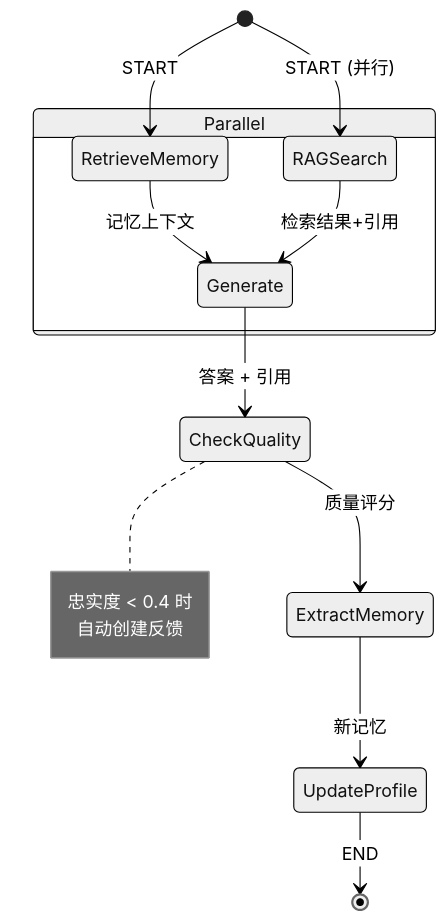
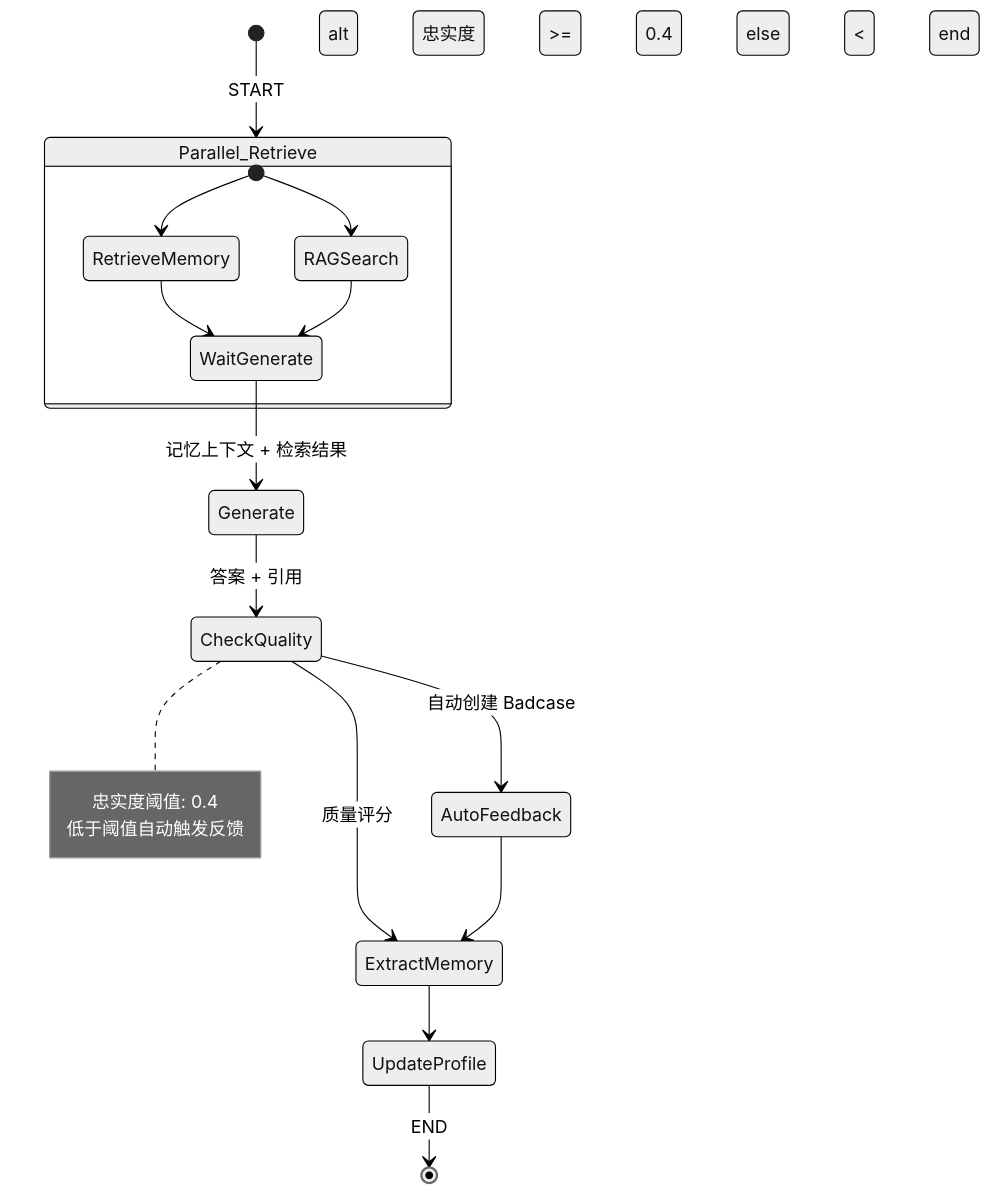
Before and after one commit to bleakplain/actuary-sleuth: the ninth of 14 diagrams in specs/architecture/architecture-4a.md, drawn with Mermaid (neutral theme). The commit also changed other lines of this file, not shown here.

````diff
--- a/specs/architecture/architecture-4a.md
+++ b/specs/architecture/architecture-4a.md
@@ -289,20 +388,29 @@
 ```mermaid
 stateDiagram-v2
-    [*] --> RetrieveMemory: START
-    [*] --> RAGSearch: START (并行)
+    [*] --> Parallel_Retrieve: START
 
-    state Parallel {
-        RetrieveMemory --> Generate: 记忆上下文
-        RAGSearch --> Generate: 检索结果+引用
+    state Parallel_Retrieve {
+        [*] --> RetrieveMemory
+        [*] --> RAGSearch
+        RetrieveMemory --> WaitGenerate
+        RAGSearch --> WaitGenerate
     }
 
+    WaitGenerate --> Generate: 记忆上下文 + 检索结果
     Generate --> CheckQuality: 答案 + 引用
     CheckQuality --> ExtractMemory: 质量评分
-    ExtractMemory --> UpdateProfile: 新记忆
+
+    alt 忠实度 >= 0.4
+        ExtractMemory --> UpdateProfile
+    else 忠实度 < 0.4
+        CheckQuality --> AutoFeedback: 自动创建 Badcase
+        AutoFeedback --> ExtractMemory
+    end
+
     UpdateProfile --> [*]: END
 
     note right of CheckQuality
-        忠实度 < 0.4 时
-        自动创建反馈
+        忠实度阈值: 0.4
+        低于阈值自动触发反馈
     end note
 ```
````
